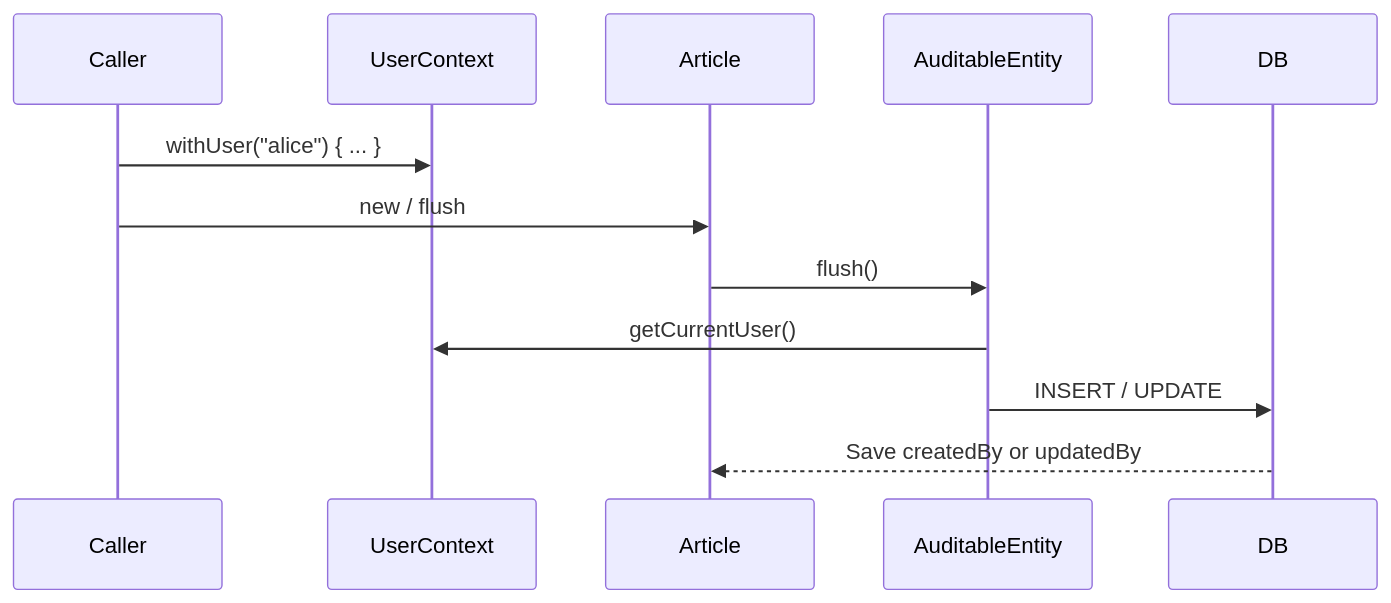
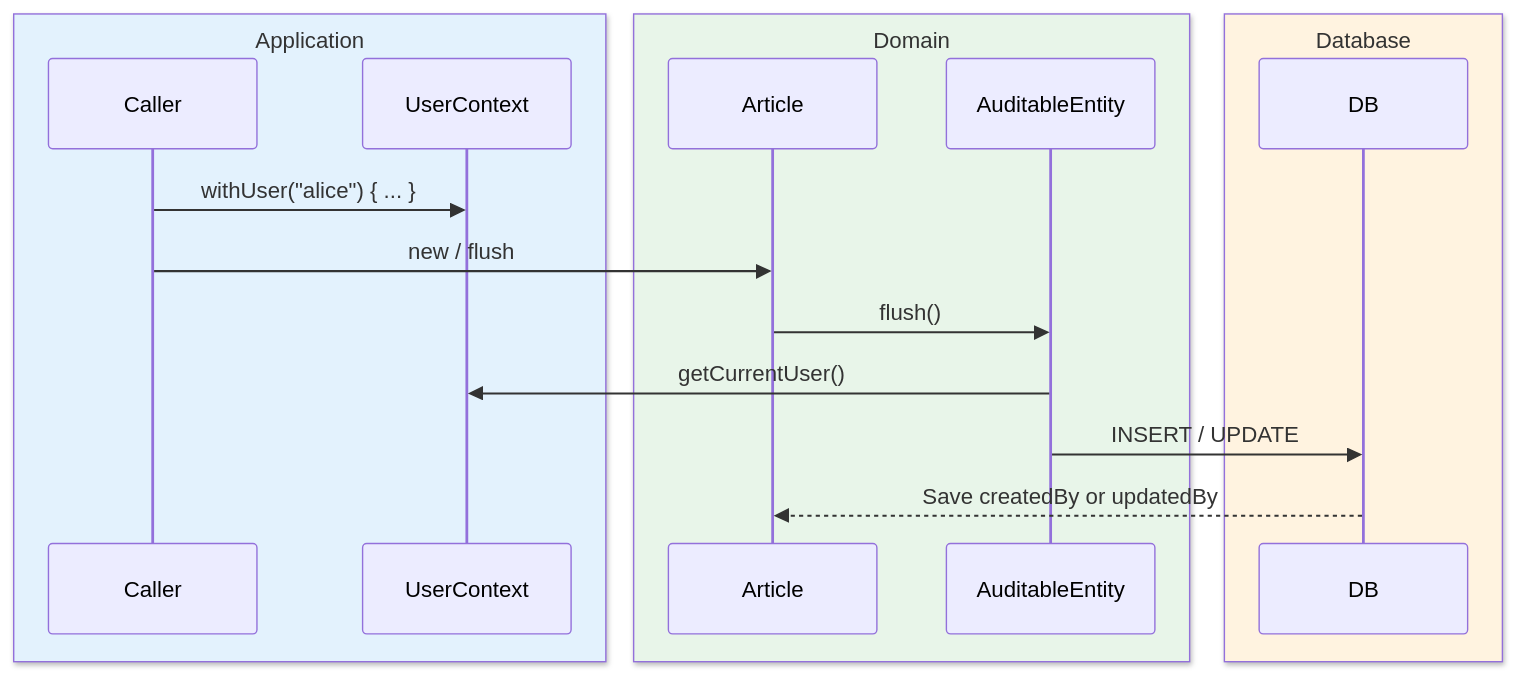
One commit to bluetape4k/bluetape4k-projects changed the fourth of 4 diagrams in data/exposed-dao/README.md. Above: the diagram before and after it, drawn with Mermaid. The commit also changed other lines of this file and 221 other files, not shown here.

First line of the commit message:
docs: 전체 모듈 README UML 다이어그램 보강 및 색상 업그레이드

````diff
--- a/data/exposed-dao/README.md
+++ b/data/exposed-dao/README.md
@@ -392,15 +419,21 @@
 ```mermaid
 sequenceDiagram
-    participant Caller
-    participant UserContext
-    participant Article
-    participant AuditableEntity
-    participant DB
+    box rgb(227, 242, 253) Application
+        participant Caller
+        participant UserContext
+    end
+    box rgb(232, 245, 233) Domain
+        participant Article
+        participant AuditableEntity
+    end
+    box rgb(255, 243, 224) Database
+        participant DB
+    end
 
     Caller->>UserContext: withUser("alice") { ... }
     Caller->>Article: new / flush
     Article->>AuditableEntity: flush()
     AuditableEntity->>UserContext: getCurrentUser()
     AuditableEntity->>DB: INSERT / UPDATE
     DB-->>Article: Save createdBy or updatedBy
 ```
````
